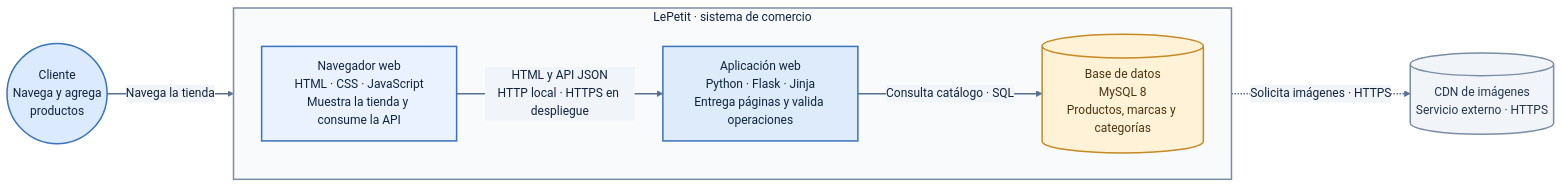
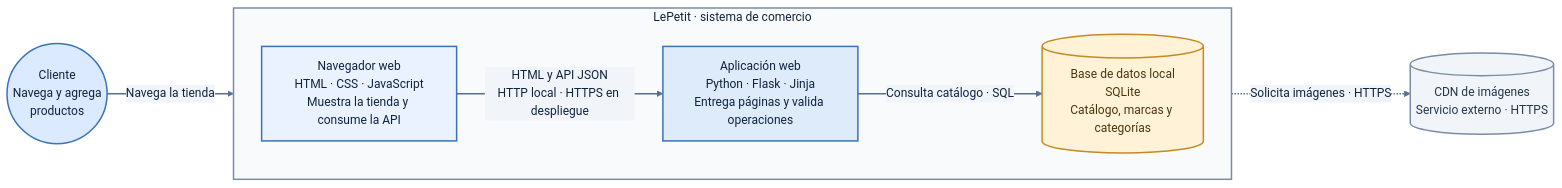
Before and after one commit to Juan2351/Tech_e-commerce: the diagram in docs/diagramas/C2-contenedores.mmd, drawn with Mermaid. The commit also changed 6 other files, not shown here.

```diff
--- a/docs/diagramas/C2-contenedores.mmd
+++ b/docs/diagramas/C2-contenedores.mmd
@@ -1,29 +1,29 @@
 %%{init: {"theme":"base","themeVariables":{"fontFamily":"Aptos, Segoe UI, Arial, sans-serif","fontSize":"16px","primaryColor":"#EAF2FF","primaryTextColor":"#10233F","primaryBorderColor":"#3973B9","lineColor":"#58708E","secondaryColor":"#F1F5F9","tertiaryColor":"#E7F5F2","background":"#FFFFFF","mainBkg":"#FFFFFF","textColor":"#10233F"}}}%%
 flowchart LR
     cliente(("Cliente<br/>Navega y agrega<br/>productos"))
 
     subgraph lepetit["LePetit · sistema de comercio"]
         direction LR
         navegador["Navegador web<br/>HTML · CSS · JavaScript<br/>Muestra la tienda y consume la API"]
         aplicacion["Aplicación web<br/>Python · Flask · Jinja<br/>Entrega páginas y valida operaciones"]
-        mysql[("Base de datos<br/>MySQL 8<br/>Productos, marcas y categorías")]
+        sqlite[("Base de datos local<br/>SQLite<br/>Catálogo, marcas y categorías")]
         navegador -->|"HTML y API JSON<br/>HTTP local · HTTPS en despliegue"| aplicacion
-        aplicacion -->|"Consulta catálogo · SQL"| mysql
+        aplicacion -->|"Consulta catálogo · SQL"| sqlite
     end
 
     cdn[("CDN de imágenes<br/>Servicio externo · HTTPS")]
     cliente -->|"Navega la tienda"| navegador
     navegador -.->|"Solicita imágenes · HTTPS"| cdn
 
     classDef actor fill:#DBEAFE,stroke:#3973B9,color:#10233F,stroke-width:2px,font-size:16px;
     classDef frontend fill:#EAF2FF,stroke:#3973B9,color:#10233F,stroke-width:2px,font-size:16px;
     classDef backend fill:#DDEBFA,stroke:#3973B9,color:#10233F,stroke-width:2px,font-size:16px;
     classDef database fill:#FFF2D6,stroke:#C48A24,color:#4A3512,stroke-width:2px,font-size:16px;
     classDef external fill:#F1F5F9,stroke:#7B8DA4,color:#25364D,stroke-width:2px,font-size:16px;
     style lepetit fill:#F8FAFC,stroke:#7B8DA4,stroke-width:2px,color:#10233F
     class cliente actor;
     class navegador frontend;
     class aplicacion backend;
-    class mysql database;
+    class sqlite database;
     class cdn external;
     linkStyle default stroke:#58708E,stroke-width:2px;
```
